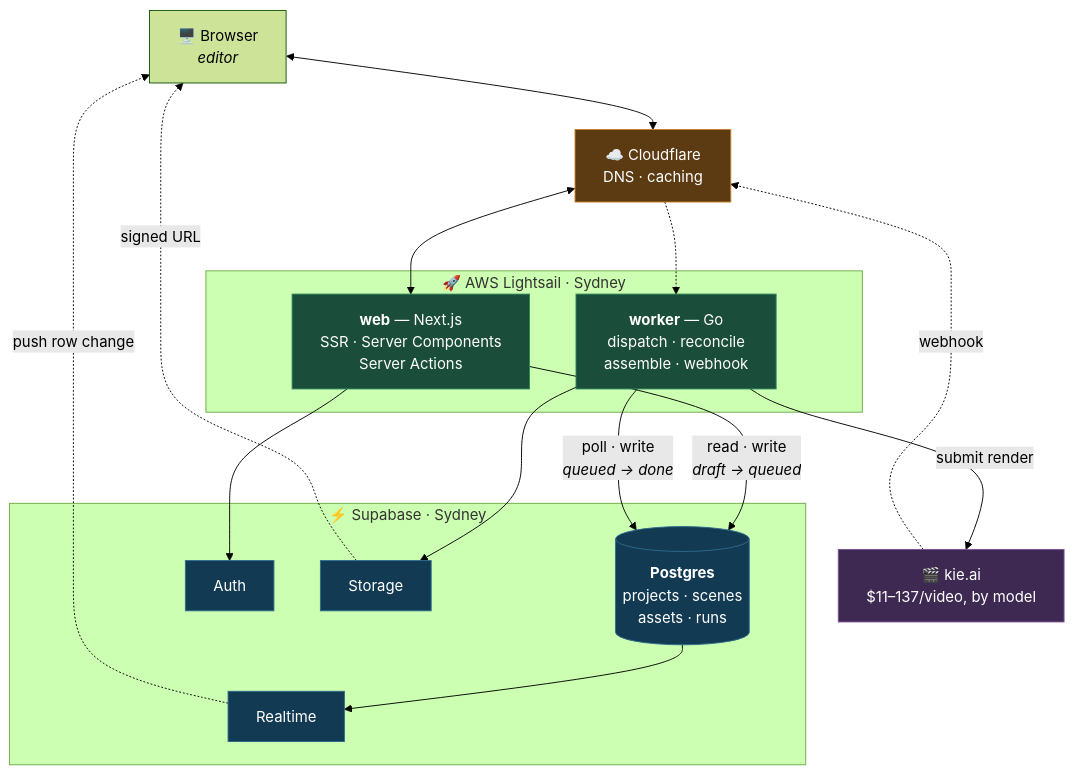
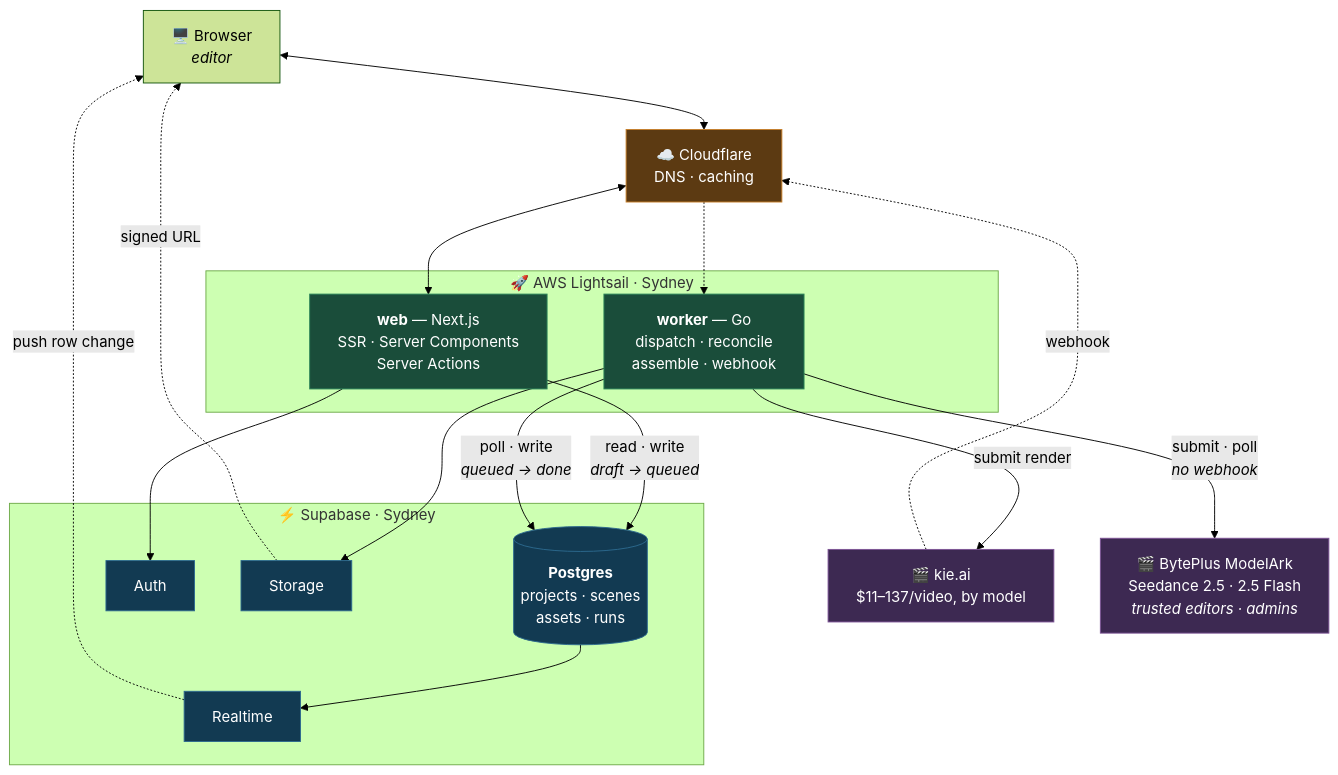
The first of 2 diagrams in README.md (kvbengo-ops/Mason-Studios-), drawn with Mermaid (forest theme) before and after one commit. The commit also changed other lines of this file and 1 other file, not shown here.

Commit message:
docs: show BytePlus as a render vendor and the 10s dispatch loop

````diff
--- a/README.md
+++ b/README.md
@@ -19,43 +21,45 @@
 ```mermaid
 flowchart TB
     UI["🖥️ Browser<br/><i>editor</i>"]
     CF["☁️ Cloudflare<br/>DNS · caching"]
 
     subgraph lightsail["🚀 AWS Lightsail · Sydney"]
         WEB["<b>web</b> — Next.js<br/>SSR · Server Components<br/>Server Actions"]
         GO["<b>worker</b> — Go<br/>dispatch · reconcile<br/>assemble · webhook"]
     end
 
     subgraph supabase["⚡ Supabase · Sydney"]
         PG[("<b>Postgres</b><br/>projects · scenes<br/>assets · runs")]
         AUTH["Auth"]
         STORE["Storage"]
         RT["Realtime"]
     end
 
     KIE["🎬 kie.ai<br/>$11–137/video, by model"]
+    BP["🎬 BytePlus ModelArk<br/>Seedance 2.5 · 2.5 Flash<br/><i>trusted editors · admins</i>"]
 
     UI <--> CF
     CF <--> WEB
     WEB --> AUTH
     WEB -- "read · write<br/><i>draft → queued</i>" --> PG
 
     GO -- "poll · write<br/><i>queued → done</i>" --> PG
     GO -- "submit render" --> KIE
     KIE -. "webhook" .-> CF
+    GO -- "submit · poll<br/><i>no webhook</i>" --> BP
     CF -.-> GO
     GO --> STORE
 
     PG --> RT
     RT -. "push row change" .-> UI
     STORE -. "signed URL" .-> UI
 
     classDef ours fill:#1a4d3a,stroke:#2d8659,color:#fff
     classDef data fill:#123a52,stroke:#2d6a8f,color:#fff
     classDef ext fill:#3d2952,stroke:#7c5295,color:#fff
     classDef cdn fill:#5c3a12,stroke:#c77f2a,color:#fff
     class WEB,GO ours
     class PG,AUTH,STORE,RT data
-    class KIE ext
+    class KIE,BP ext
     class CF cdn
 ```
````
